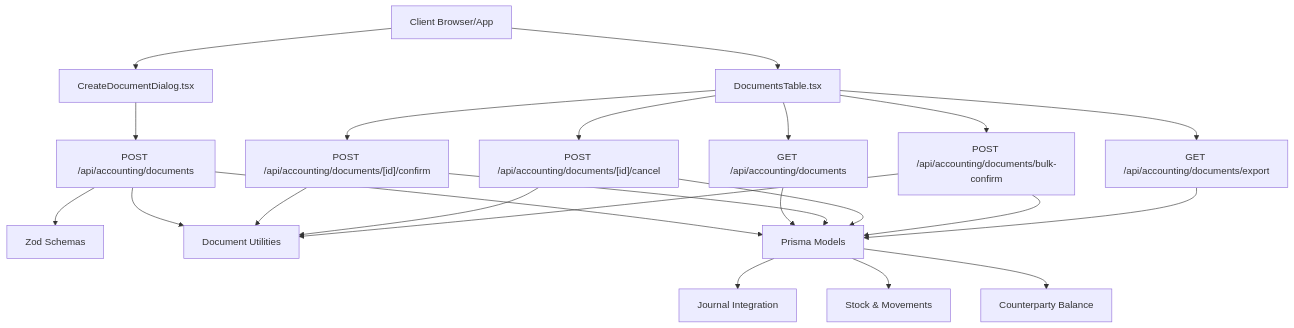
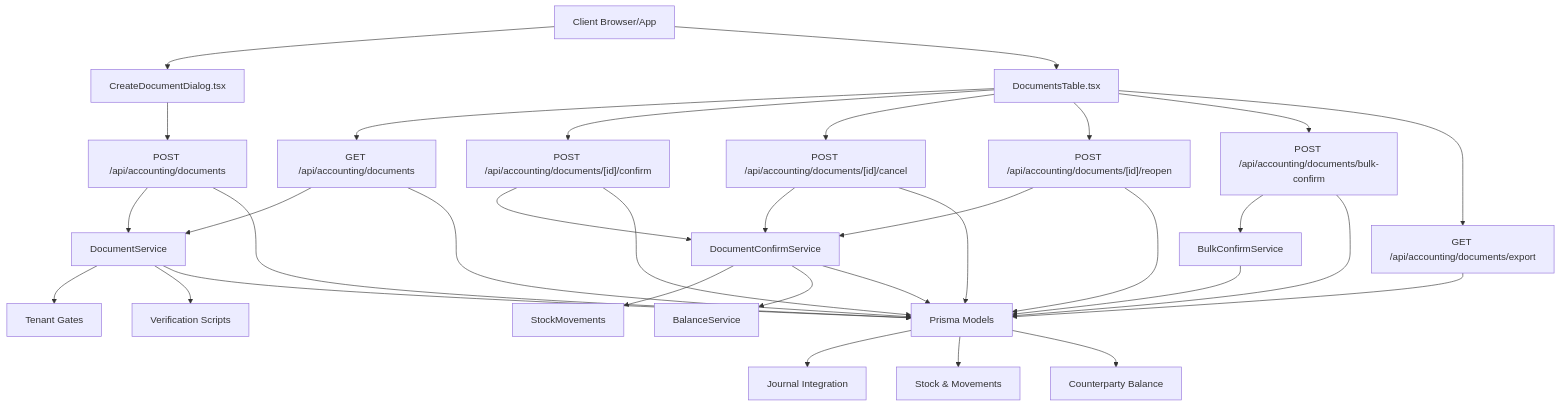
One commit to nzey11/erp-new changed the second of 10 diagrams in .qoder/repowiki/en/content/Accounting Module/Document Management System.md. Above: the diagram before and after it, drawn with Mermaid. The commit also changed other lines of this file and 46 other files, not shown here.

````diff
--- a/.qoder/repowiki/en/content/Accounting Module/Document Management System.md
+++ b/.qoder/repowiki/en/content/Accounting Module/Document Management System.md
@@ -139,25 +187,35 @@
 ```mermaid
 graph TB
 Client["Client Browser/App"] --> FE_Dialog["CreateDocumentDialog.tsx"]
 Client --> FE_Table["DocumentsTable.tsx"]
 FE_Dialog --> API_Create["POST /api/accounting/documents"]
 FE_Table --> API_List["GET /api/accounting/documents"]
 FE_Table --> API_Confirm["POST /api/accounting/documents/[id]/confirm"]
 FE_Table --> API_Cancel["POST /api/accounting/documents/[id]/cancel"]
+FE_Table --> API_Reopen["POST /api/accounting/documents/[id]/reopen"]
 FE_Table --> API_Bulk["POST /api/accounting/documents/bulk-confirm"]
 FE_Table --> API_Export["GET /api/accounting/documents/export"]
-API_Create --> BL_Schema["Zod Schemas"]
-API_Create --> BL_Doc["Document Utilities"]
-API_Confirm --> BL_Doc
-API_Cancel --> BL_Doc
-API_Bulk --> BL_Doc
-API_Create --> DB["Prisma Models"]
+API_Create --> TS_Service["DocumentService"]
+API_List --> TS_Service
+API_Confirm --> TS_Confirm["DocumentConfirmService"]
+API_Cancel --> TS_Confirm
+API_Reopen --> TS_Confirm
+API_Bulk --> TS_Bulk["BulkConfirmService"]
+TS_Confirm --> INV_Movements["StockMovements"]
+TS_Confirm --> FIN_Balance["BalanceService"]
+TS_Service --> TEN_Gate["Tenant Gates"]
+TS_Service --> TEN_Verify["Verification Scripts"]
+TS_Confirm --> DB["Prisma Models"]
+TS_Bulk --> DB
+TS_Service --> DB
+API_Create --> DB
 API_List --> DB
 API_Confirm --> DB
 API_Cancel --> DB
+API_Reopen --> DB
 API_Bulk --> DB
 API_Export --> DB
 DB --> Journal["Journal Integration"]
 DB --> Stock["Stock & Movements"]
 DB --> Balance["Counterparty Balance"]
 ```
````
